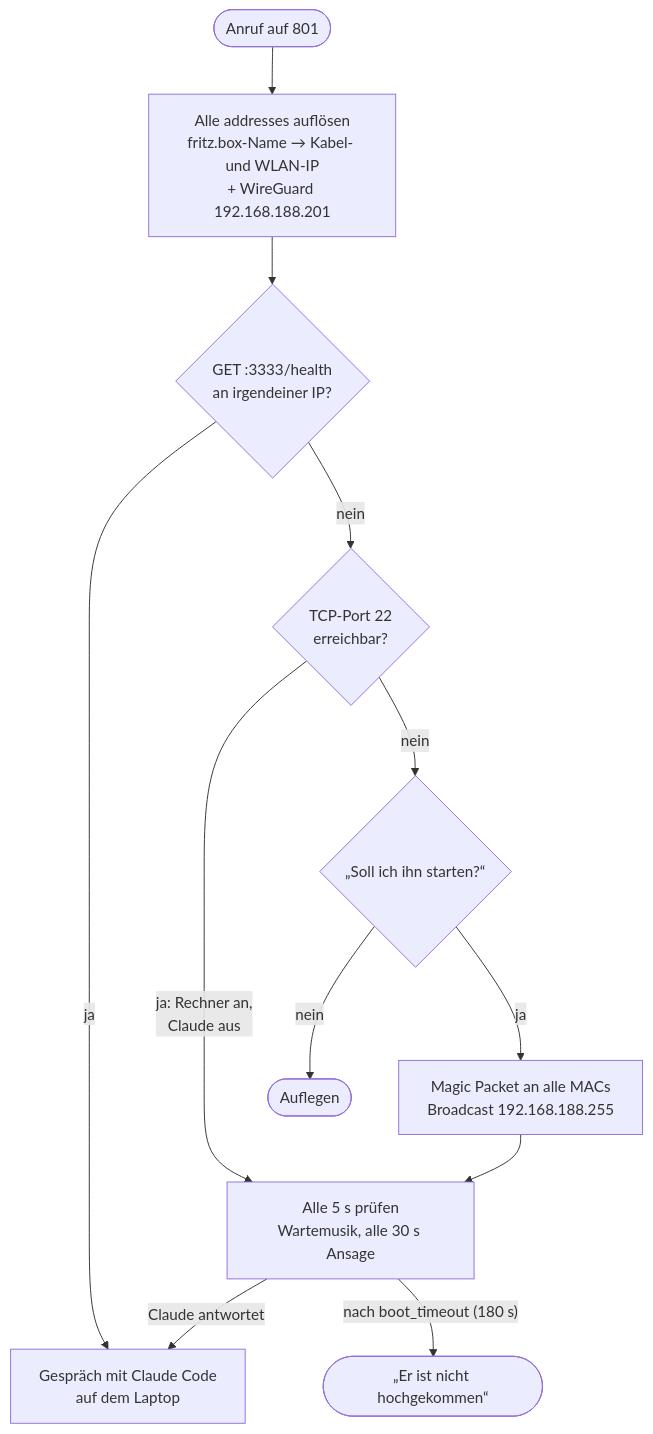
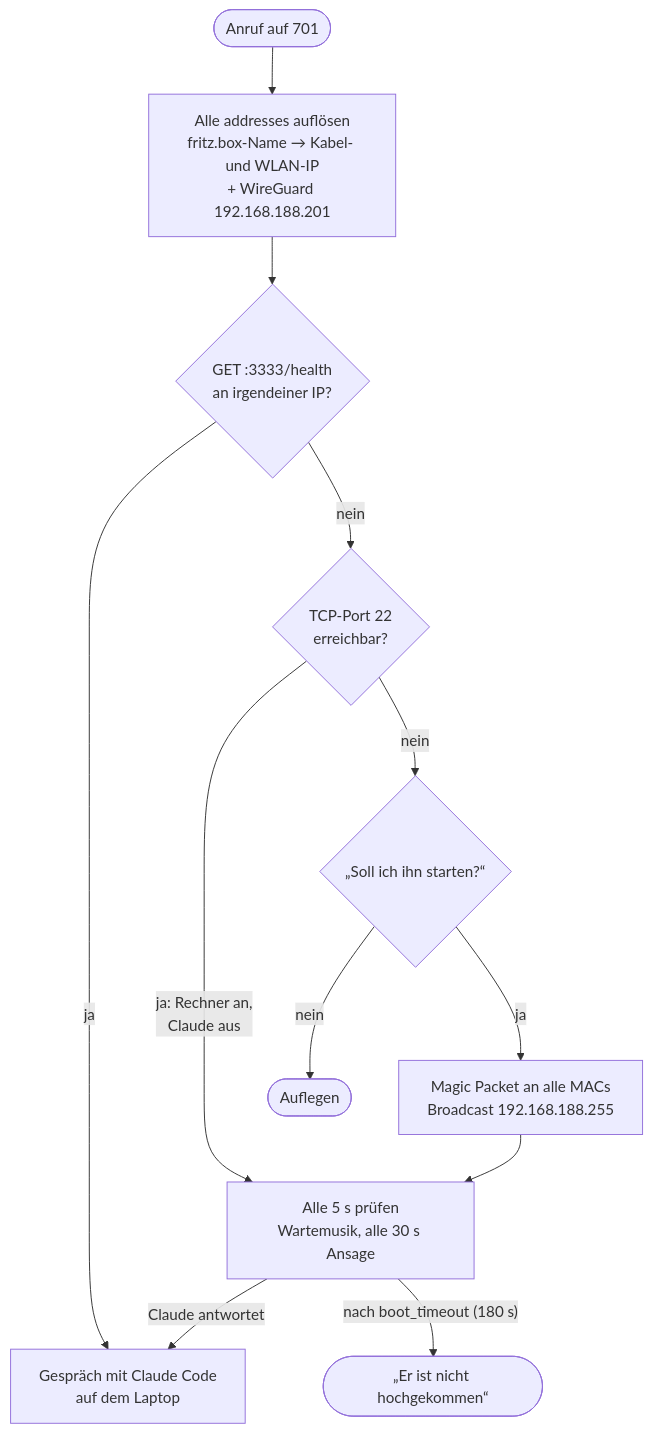
Before and after one commit to dajuly20/claude-phone-freepbx: the third of 4 diagrams in README.md, drawn with Mermaid. The commit also changed other lines of this file and 5 other files, not shown here.

````diff
--- a/README.md
+++ b/README.md
@@ -91,14 +91,14 @@
 ```mermaid
 flowchart TD
-    start([Anruf auf 801]) --> resolve["Alle addresses auflösen<br/>fritz.box-Name → Kabel- und WLAN-IP<br/>+ WireGuard 192.168.188.201"]
+    start([Anruf auf 701]) --> resolve["Alle addresses auflösen<br/>fritz.box-Name → Kabel- und WLAN-IP<br/>+ WireGuard 192.168.188.201"]
     resolve --> health{"GET :3333/health<br/>an irgendeiner IP?"}
     health -- ja --> talk["Gespräch mit Claude Code<br/>auf dem Laptop"]
     health -- nein --> probe{"TCP-Port 22<br/>erreichbar?"}
     probe -- "ja: Rechner an,<br/>Claude aus" --> wait
     probe -- nein --> ask{"„Soll ich ihn starten?“"}
     ask -- nein --> bye([Auflegen])
     ask -- ja --> wol["Magic Packet an alle MACs<br/>Broadcast 192.168.188.255"]
     wol --> wait["Alle 5 s prüfen<br/>Wartemusik, alle 30 s Ansage"]
     wait -- "Claude antwortet" --> talk
     wait -- "nach boot_timeout (180 s)" --> fail([„Er ist nicht hochgekommen“])
 ```
````
